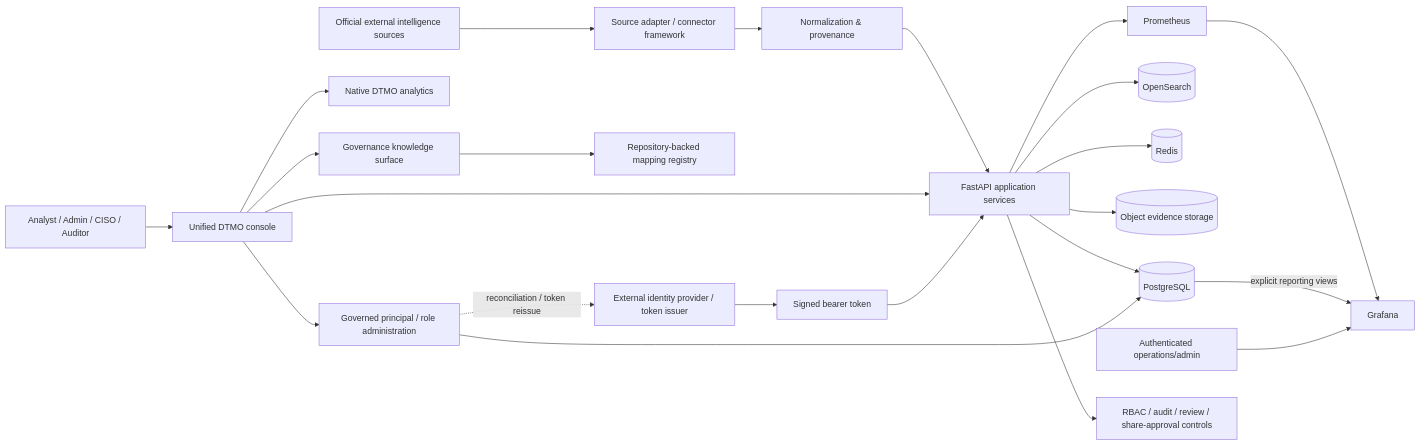
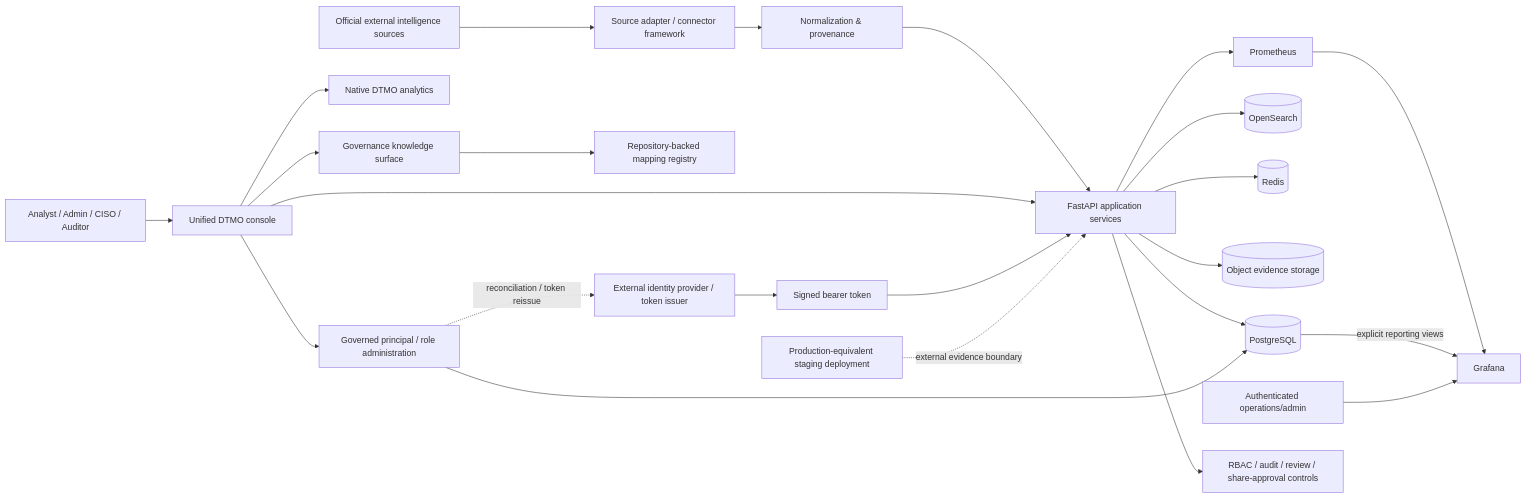
Before and after one commit to GJvManen/dtmo: the diagram in docs/architecture/SYSTEM_ARCHITECTURE.md, drawn with Mermaid. The commit also changed other lines of this file, not shown here.

Commit message:
docs: add Phase 8 external deployment trust boundary

````diff
--- a/docs/architecture/SYSTEM_ARCHITECTURE.md
+++ b/docs/architecture/SYSTEM_ARCHITECTURE.md
@@ -12,25 +12,26 @@
 ```mermaid
 flowchart LR
     EXT[Official external intelligence sources] --> CF[Source adapter / connector framework]
     CF --> NP[Normalization & provenance]
     NP --> API[FastAPI application services]
     API --> PG[(PostgreSQL)]
     API --> OS[(OpenSearch)]
     API --> RD[(Redis)]
     API --> OBJ[(Object evidence storage)]
     USER[Analyst / Admin / CISO / Auditor] --> CONSOLE[Unified DTMO console]
     CONSOLE --> API
     CONSOLE --> NATIVE[Native DTMO analytics]
     CONSOLE --> RBAC[Governed principal / role administration]
     CONSOLE --> GKS[Governance knowledge surface]
     RBAC --> PG
     GKS --> REG[Repository-backed mapping registry]
     IDP[External identity provider / token issuer] --> TOKEN[Signed bearer token]
     TOKEN --> API
     RBAC -. reconciliation / token reissue .-> IDP
     API --> PM[Prometheus]
     PM --> GF[Grafana]
     PG -->|explicit reporting views| GF
     OPS[Authenticated operations/admin] --> GF
     API --> GOV[RBAC / audit / review / share-approval controls]
+    STAGE[Production-equivalent staging deployment] -. external evidence boundary .-> API
 ```
````
